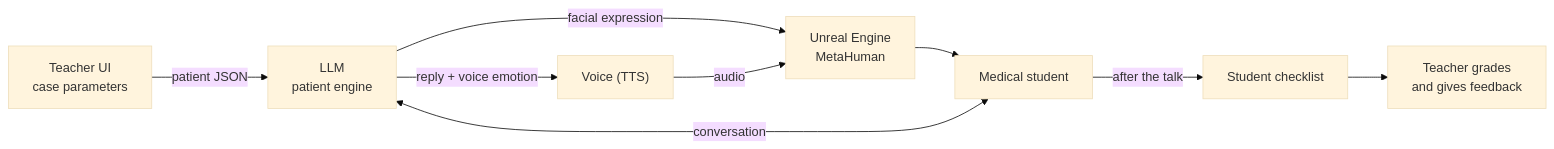
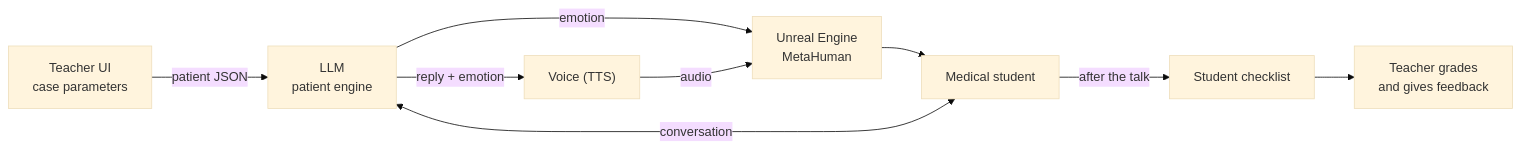
The diagram in README.md (superc0mputer/avelios-hackaTUM-2026), drawn with Mermaid (base theme) before and after one commit. The commit also changed other lines of this file, not shown here.

Commit message:
README: add work plan, handoffs, setup and shared emotion proposal

````diff
--- a/README.md
+++ b/README.md
@@ -9,11 +9,11 @@
 ```mermaid
 flowchart LR
     T["Teacher UI<br/>case parameters"] -->|patient JSON| L["LLM<br/>patient engine"]
     S["Medical student"] <-->|conversation| L
-    L -->|"reply + voice emotion"| V["Voice (TTS)"]
-    L -->|facial expression| U["Unreal Engine<br/>MetaHuman"]
+    L -->|"reply + emotion"| V["Voice (TTS)"]
+    L -->|emotion| U["Unreal Engine<br/>MetaHuman"]
     V -->|audio| U
     U --> S
     S -->|after the talk| C["Student checklist"]
     C --> G["Teacher grades<br/>and gives feedback"]
 ```
````
